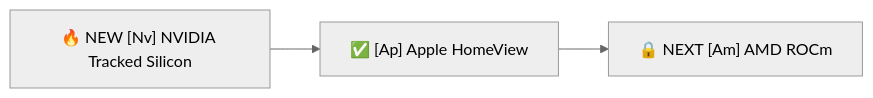
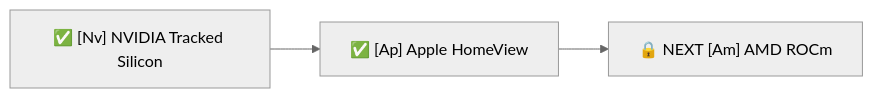
Before and after one commit to NutCodeLaw/cyber-paparazzi: the second of 3 diagrams in README.md, drawn with Mermaid (neutral theme). The commit also changed other lines of this file and 9 other files, not shown here.

````diff
--- a/README.md
+++ b/README.md
@@ -63,7 +63,7 @@
 ```mermaid
 flowchart LR
-    E0["🔥 NEW [Nv] NVIDIA Tracked Silicon"]
+    E0["✅ [Nv] NVIDIA Tracked Silicon"]
     E1["✅ [Ap] Apple HomeView"]
     E2["🔒 NEXT [Am] AMD ROCm"]
     E0 --> E1 --> E2
 ```
````
